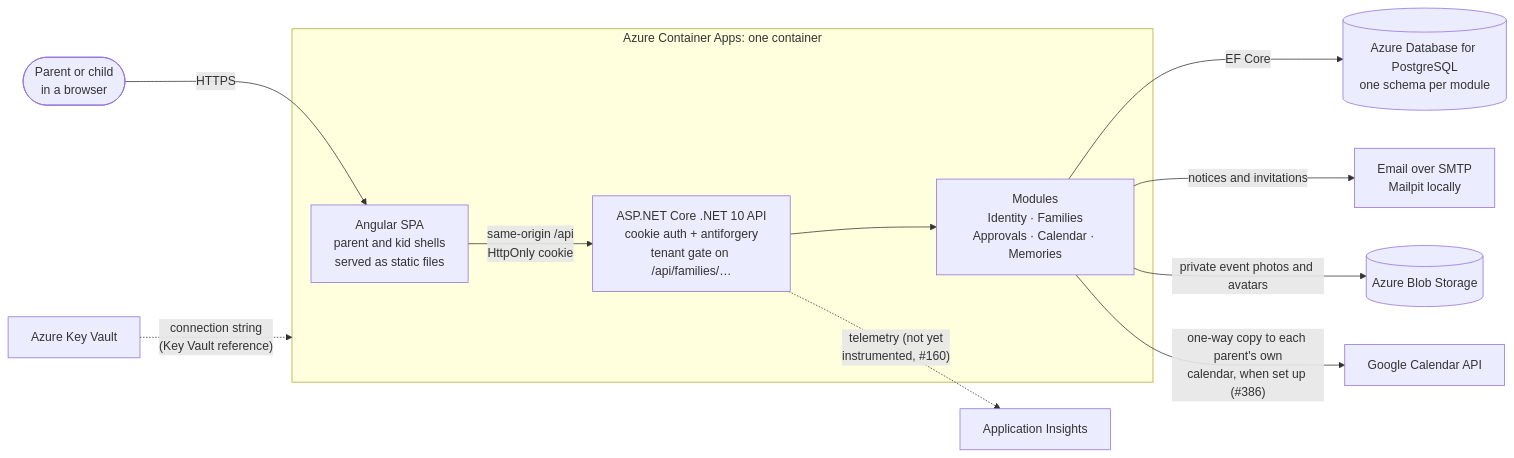
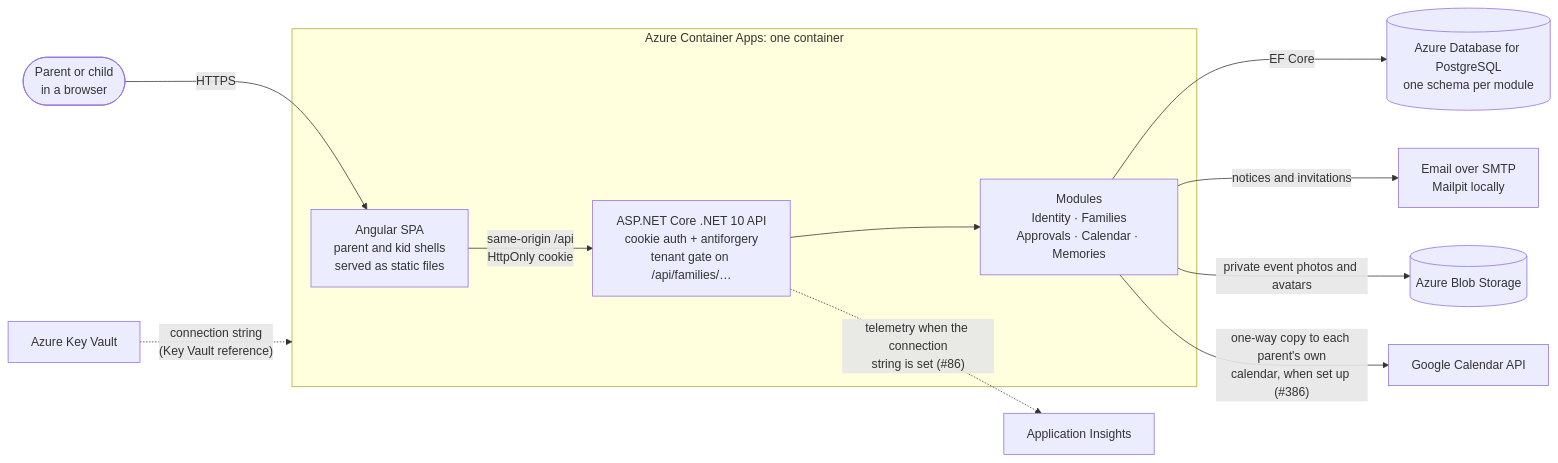
Before and after one commit to esaldivar/parenthesis: the first of 2 diagrams in docs/architecture.md, drawn with Mermaid. The commit also changed 4 other files, not shown here.

````diff
--- a/docs/architecture.md
+++ b/docs/architecture.md
@@ -12,27 +12,27 @@
 ```mermaid
 flowchart LR
   User([Parent or child<br/>in a browser])
 
   subgraph ACA["Azure Container Apps: one container"]
     SPA[Angular SPA<br/>parent and kid shells<br/>served as static files]
     API[ASP.NET Core .NET 10 API<br/>cookie auth + antiforgery<br/>tenant gate on /api/families/…]
     MOD[Modules<br/>Identity · Families<br/>Approvals · Calendar · Memories]
   end
 
   PG[(Azure Database for PostgreSQL<br/>one schema per module)]
   KV[Azure Key Vault]
   MAIL[Email over SMTP<br/>Mailpit locally]
   AI[Application Insights]
   BLOB[(Azure Blob Storage)]
   GCAL[Google Calendar API]
 
   User -- HTTPS --> SPA
   SPA -- "same-origin /api<br/>HttpOnly cookie" --> API
   API --> MOD
   MOD -- EF Core --> PG
   MOD -- notices and invitations --> MAIL
   KV -. "connection string<br/>(Key Vault reference)" .-> ACA
-  API -. "telemetry (not yet<br/>instrumented, #160)" .-> AI
+  API -. "telemetry when the connection<br/>string is set (#86)" .-> AI
   MOD -- "private event photos and avatars" --> BLOB
   MOD -- "one-way copy to each parent's own<br/>calendar, when set up (#386)" --> GCAL
 ```
````
